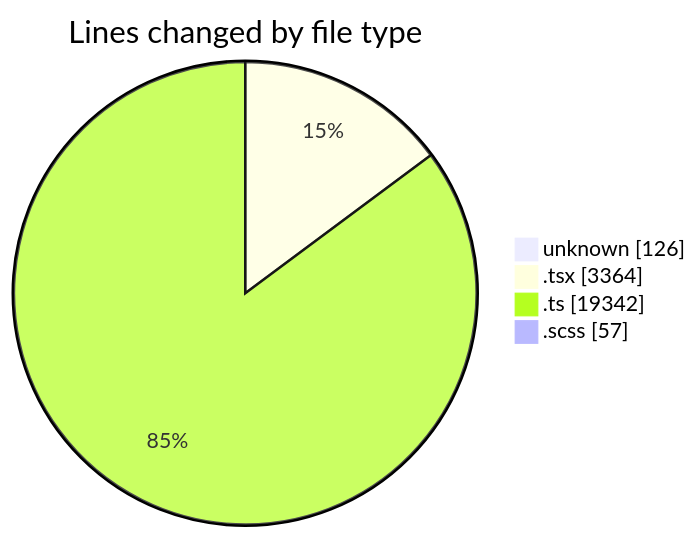
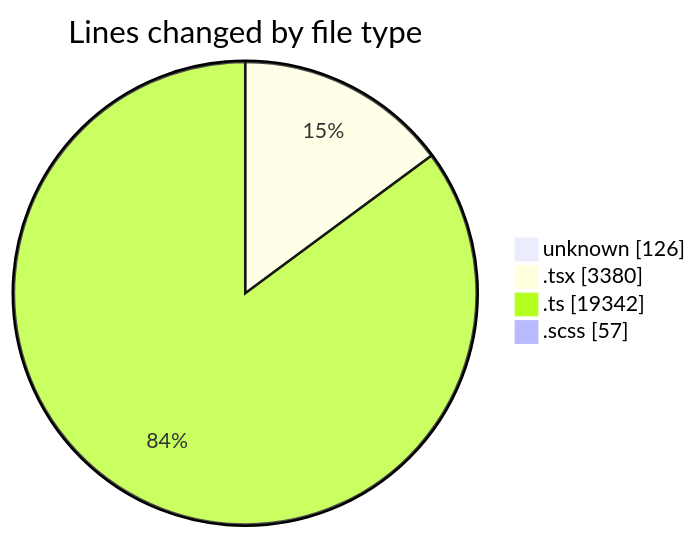
One commit to momahboobian/code-tracking changed the first of 2 diagrams in 2026-09-23/cda/README.md. Above: the diagram before and after it, drawn with Mermaid. The commit also changed other lines of this file and 1 other file, not shown here.

````diff
--- a/2026-09-23/cda/README.md
+++ b/2026-09-23/cda/README.md
@@ -38,8 +38,8 @@
 ```mermaid
 pie showData
 title Lines changed by file type
 "unknown" : 126
-".tsx" : 3364
+".tsx" : 3380
 ".ts" : 19342
 ".scss" : 57
 ```
````
